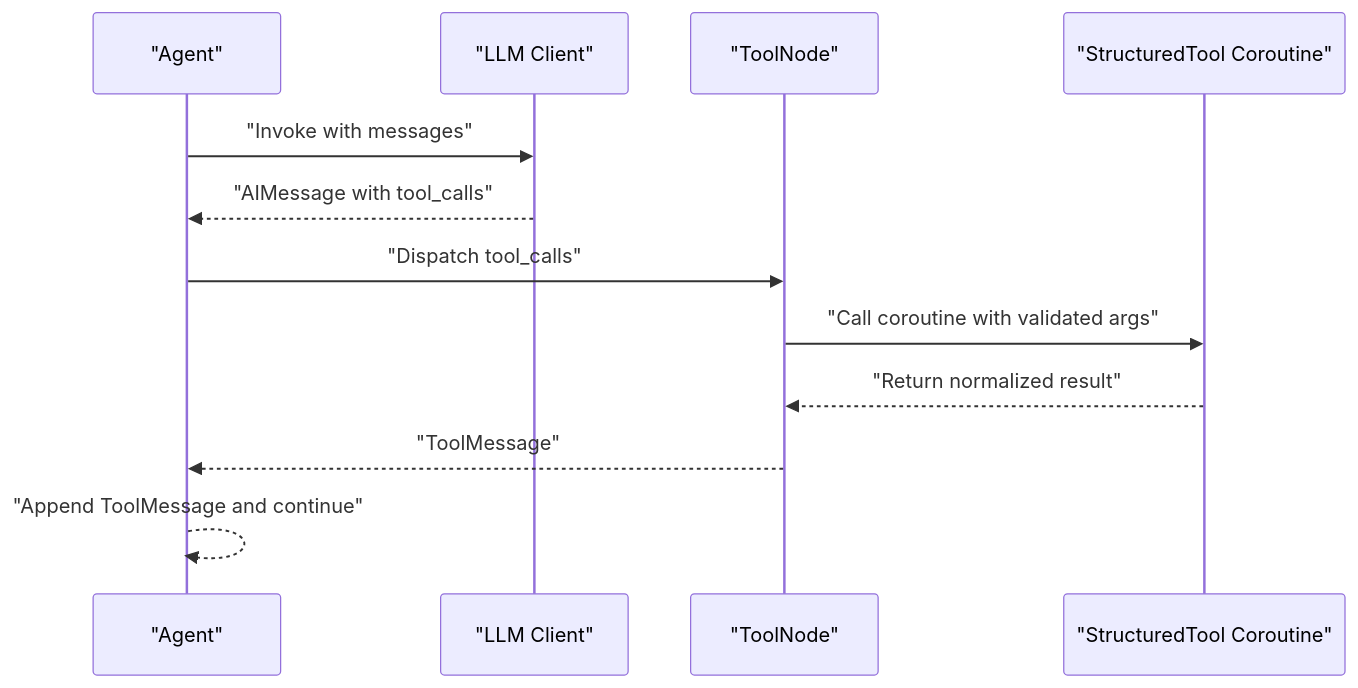
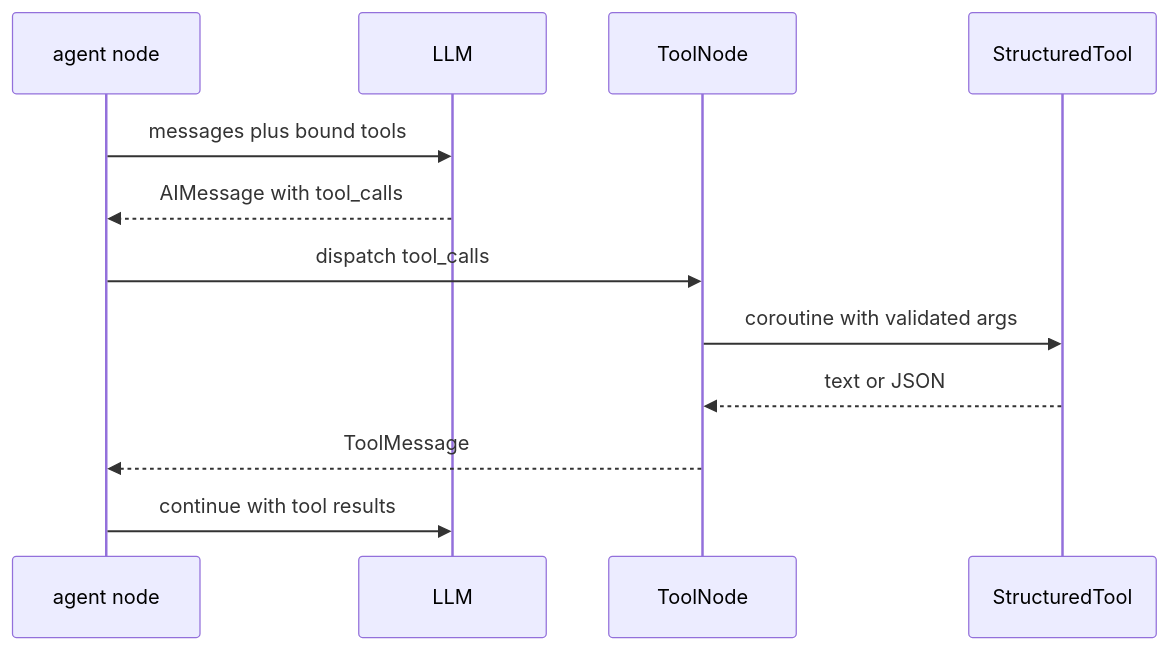
The fourth of 5 diagrams in src/data/docs/agentic-browser/Tool System/Tool Architecture and Design.md (tashifkhan/tashif.codes), drawn with Mermaid before and after one commit. The commit also changed other lines of this file and 114 other files, not shown here.

````diff
--- a/src/data/docs/agentic-browser/Tool System/Tool Architecture and Design.md
+++ b/src/data/docs/agentic-browser/Tool System/Tool Architecture and Design.md
@@ -140,14 +157,14 @@
 ```mermaid
 sequenceDiagram
-participant Agent as "Agent"
-participant LLM as "LLM Client"
-participant Tools as "ToolNode"
-participant Tool as "StructuredTool Coroutine"
-Agent->>LLM : "Invoke with messages"
-LLM-->>Agent : "AIMessage with tool_calls"
-Agent->>Tools : "Dispatch tool_calls"
-Tools->>Tool : "Call coroutine with validated args"
-Tool-->>Tools : "Return normalized result"
-Tools-->>Agent : "ToolMessage"
-Agent-->>Agent : "Append ToolMessage and continue"
+  participant A as agent node
+  participant L as LLM
+  participant N as ToolNode
+  participant T as StructuredTool
+  A->>L: messages plus bound tools
+  L-->>A: AIMessage with tool_calls
+  A->>N: dispatch tool_calls
+  N->>T: coroutine with validated args
+  T-->>N: text or JSON
+  N-->>A: ToolMessage
+  A->>L: continue with tool results
 ```
````
